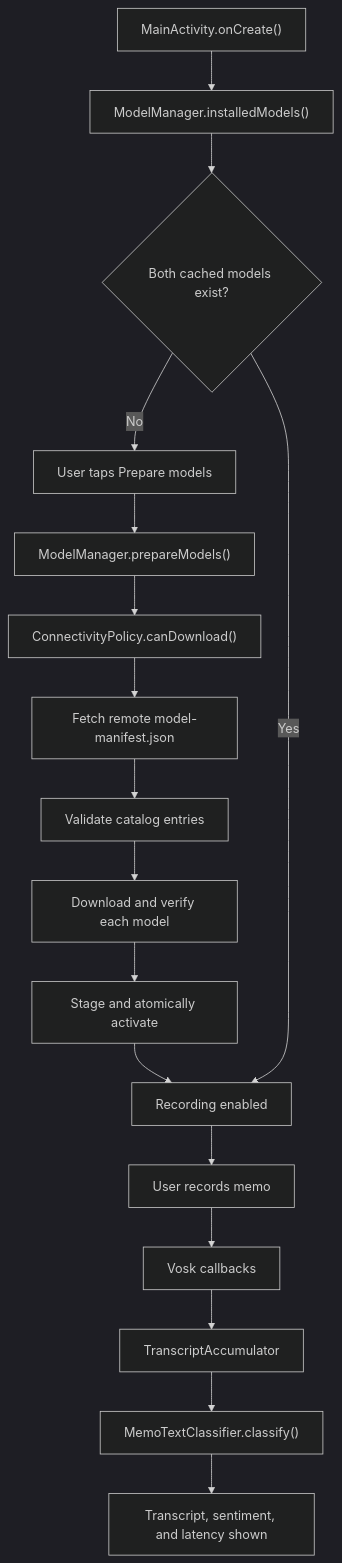
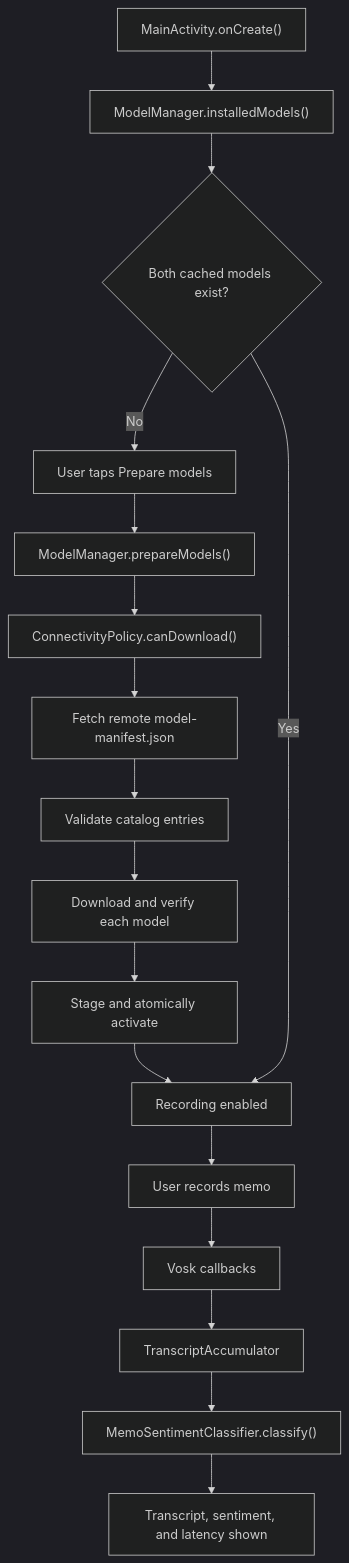
Before and after one commit to UpadhyayJitesh/TANUH_AI: the first of 3 diagrams in TANUHDemo/doc/code-flow.md, drawn with Mermaid (dark theme). The commit also changed other lines of this file and 7 other files, not shown here.

````diff
--- a/TANUHDemo/doc/code-flow.md
+++ b/TANUHDemo/doc/code-flow.md
@@ -19,19 +19,19 @@
 ```mermaid
 flowchart TD
     A["MainActivity.onCreate()"] --> B["ModelManager.installedModels()"]
     B --> C{"Both cached models exist?"}
     C -- "No" --> D["User taps Prepare models"]
     D --> E["ModelManager.prepareModels()"]
     E --> F["ConnectivityPolicy.canDownload()"]
     F --> G["Fetch remote model-manifest.json"]
     G --> H["Validate catalog entries"]
     H --> I["Download and verify each model"]
     I --> J["Stage and atomically activate"]
     J --> K["Recording enabled"]
     C -- "Yes" --> K
     K --> L["User records memo"]
     L --> M["Vosk callbacks"]
     M --> N["TranscriptAccumulator"]
-    N --> O["MemoTextClassifier.classify()"]
+    N --> O["MemoSentimentClassifier.classify()"]
     O --> P["Transcript, sentiment, and latency shown"]
 ```
````
